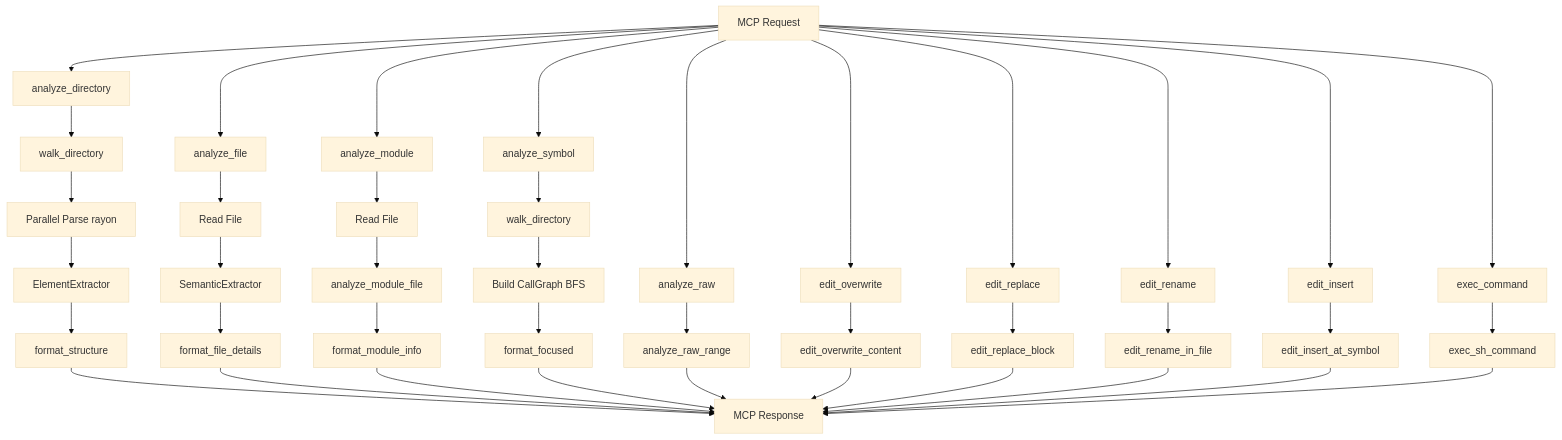
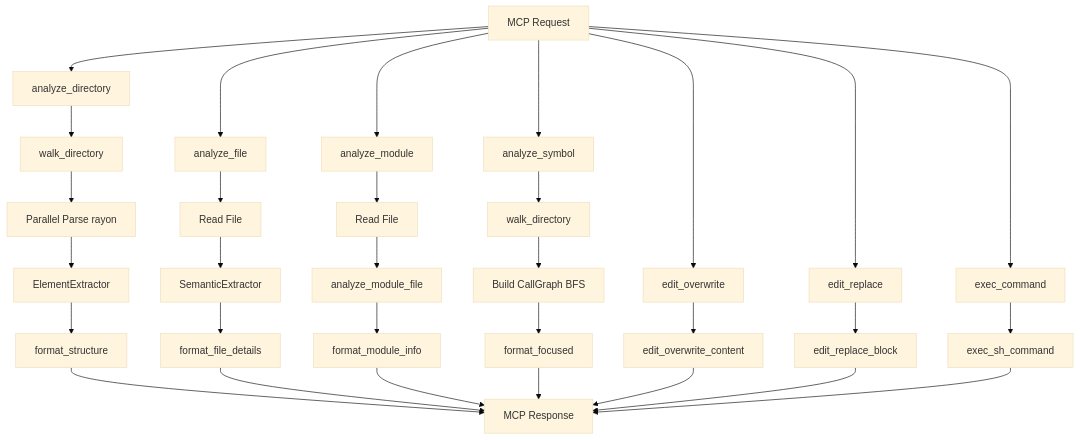
One commit to clouatre-labs/code-analyze-mcp changed the diagram in docs/ARCHITECTURE.md. Above: the diagram before and after it, drawn with Mermaid (base theme). The commit also changed other lines of this file and 6 other files, not shown here.

First line of the commit message:
docs: remove edit_rename and edit_insert references from docs and scripts

````diff
--- a/docs/ARCHITECTURE.md
+++ b/docs/ARCHITECTURE.md
@@ -45,42 +45,33 @@
 ```mermaid
 graph TD
     A["MCP Request"] --> B1["analyze_directory"]
     A --> B2["analyze_file"]
     A --> B4["analyze_module"]
     A --> B3["analyze_symbol"]
-    A --> B5["analyze_raw"]
     A --> B6["edit_overwrite"]
     A --> B7["edit_replace"]
-    A --> B8["edit_rename"]
-    A --> B9["edit_insert"]
     A --> B10["exec_command"]
     B1 --> M["walk_directory"]
     M --> N["Parallel Parse rayon"]
     N --> O["ElementExtractor"]
     O --> P["format_structure"]
     B2 --> J["Read File"]
     J --> K["SemanticExtractor"]
     K --> L["format_file_details"]
     B4 --> R["Read File"]
     R --> S["analyze_module_file"]
     S --> T["format_module_info"]
     B3 --> G["walk_directory"]
     G --> H["Build CallGraph BFS"]
     H --> I["format_focused"]
-    B5 --> F1["analyze_raw_range"]
     B6 --> F2["edit_overwrite_content"]
     B7 --> F3["edit_replace_block"]
-    B8 --> F4["edit_rename_in_file"]
-    B9 --> F5["edit_insert_at_symbol"]
     B10 --> F6["exec_sh_command"]
     P --> Q["MCP Response"]
     L --> Q
     T --> Q
     I --> Q
-    F1 --> Q
     F2 --> Q
     F3 --> Q
-    F4 --> Q
-    F5 --> Q
     F6 --> Q
 ```
````
